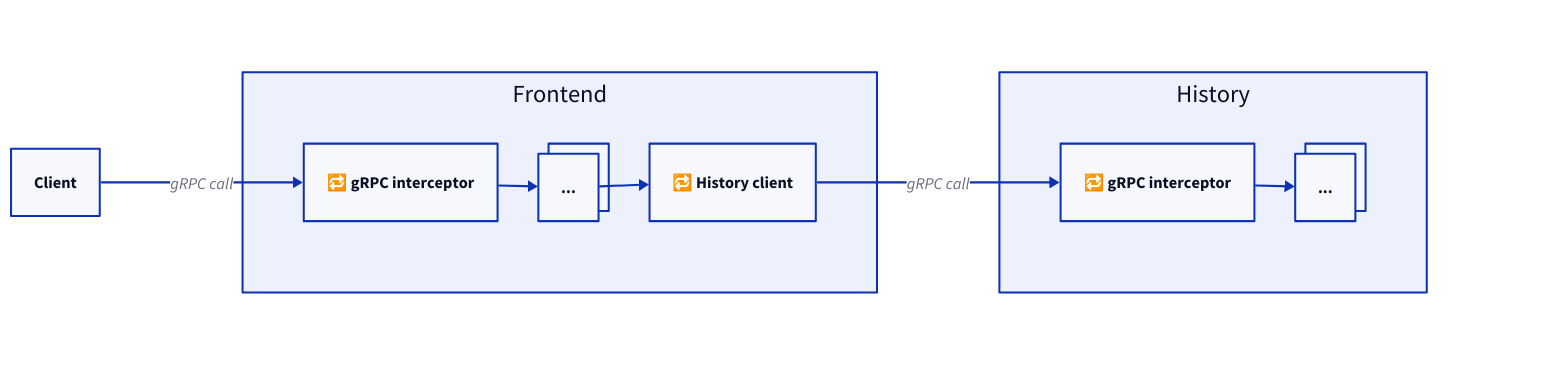
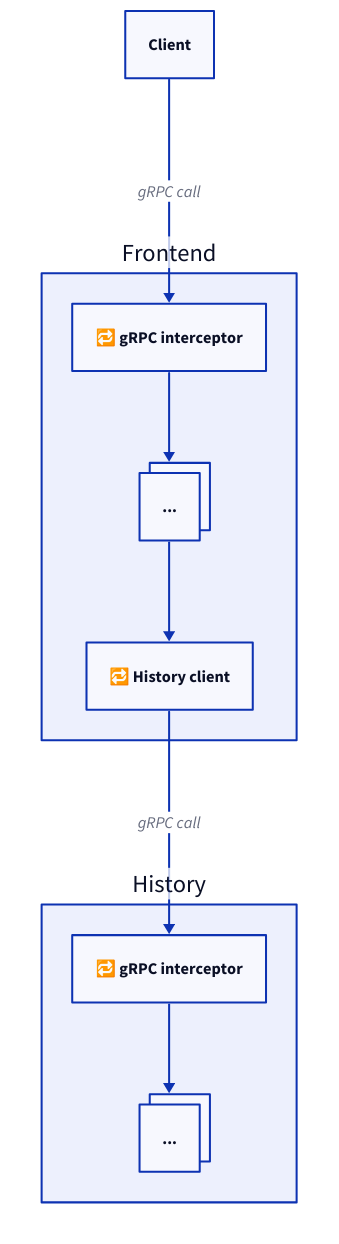
One commit to temporalio/temporal changed the diagram in docs/_assets/retries.d2. Above: the diagram before and after it, drawn with D2. The commit also changed 36 other files, not shown here. The source asks for the TALA layout; these drawings use dagre instead.

```diff
--- a/docs/_assets/retries.d2
+++ b/docs/_assets/retries.d2
@@ -1,57 +1,38 @@
 # https://d2lang.com
 # Generate SVG by running `make` inside of `docs/`.
 
 vars: {
   d2-config: {
-    layout-engine: elk
+    layout-engine: tala
   }
-}
-
-classes: {
-    invisible: {
-        style.opacity: 0
-        label: a
-    }
-    textonly: {
-        label: ""
-        style.stroke: transparent
-        style.fill: transparent
-    }
 }
 
 Client
 
 Server: {
     label: ""
-    grid-columns: 3
-    horizontal-gap: 120
-    class: textonly
+    style.stroke: transparent
+    style.fill: transparent
 
     Frontend: {
-        grid-columns: 3
-        vertical-gap: 70
-
         Interceptor: { label: "🔁 gRPC interceptor" }
         Handlers: {
             label: "..."
             style.multiple: true
         }
         Client: { label: "🔁 History client" }
     }
     History: {
-        grid-columns: 2
-        vertical-gap: 70
-
         Interceptor: { label: "🔁 gRPC interceptor" }
         Handlers: {
             label: "..."
             style.multiple: true
         }
     }
 }
 
 Client -> Server.Frontend.Interceptor: gRPC call
 Server.Frontend.Interceptor -> Server.Frontend.Handlers
 Server.Frontend.Handlers -> Server.Frontend.Client
 Server.Frontend.Client -> Server.History.Interceptor: gRPC call
 Server.History.Interceptor -> Server.History.Handlers
```
